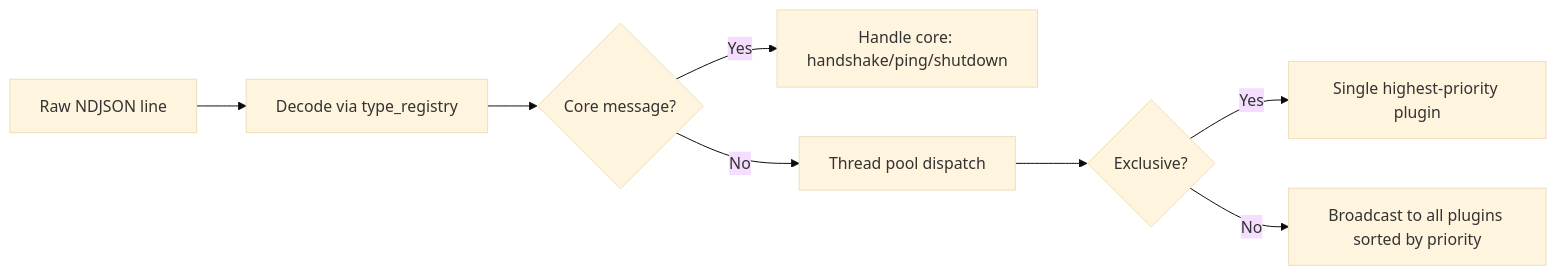
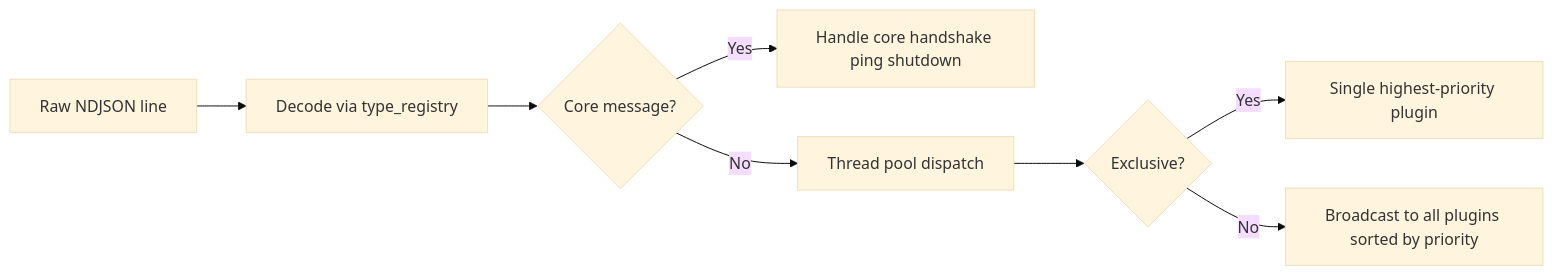
One commit to a2eprotocol/python-sdk changed the third of 3 diagrams in codewiki/architecture/plugin-system.md. Above: the diagram before and after it, drawn with Mermaid (base theme). The commit also changed 7 other files, not shown here.

````diff
--- a/codewiki/architecture/plugin-system.md
+++ b/codewiki/architecture/plugin-system.md
@@ -188,10 +188,10 @@
 ```mermaid
 flowchart LR
     M[Raw NDJSON line] --> D[Decode via type_registry]
     D --> C{Core message?}
-    C -->|Yes| H[Handle core: handshake/ping/shutdown]
+    C -->|Yes| H[Handle core handshake ping shutdown]
     C -->|No| T[Thread pool dispatch]
     T --> E{Exclusive?}
     E -->|Yes| P1[Single highest-priority plugin]
     E -->|No| P2[Broadcast to all plugins sorted by priority]
 ```
````
